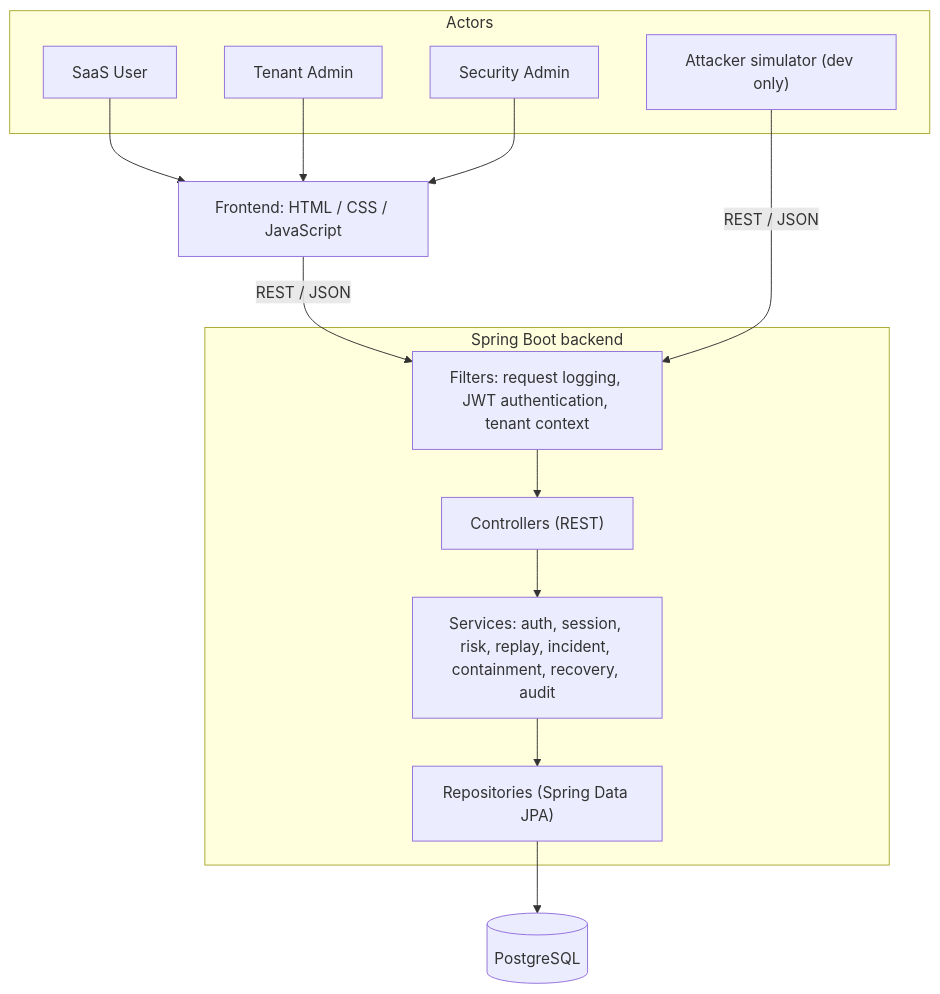
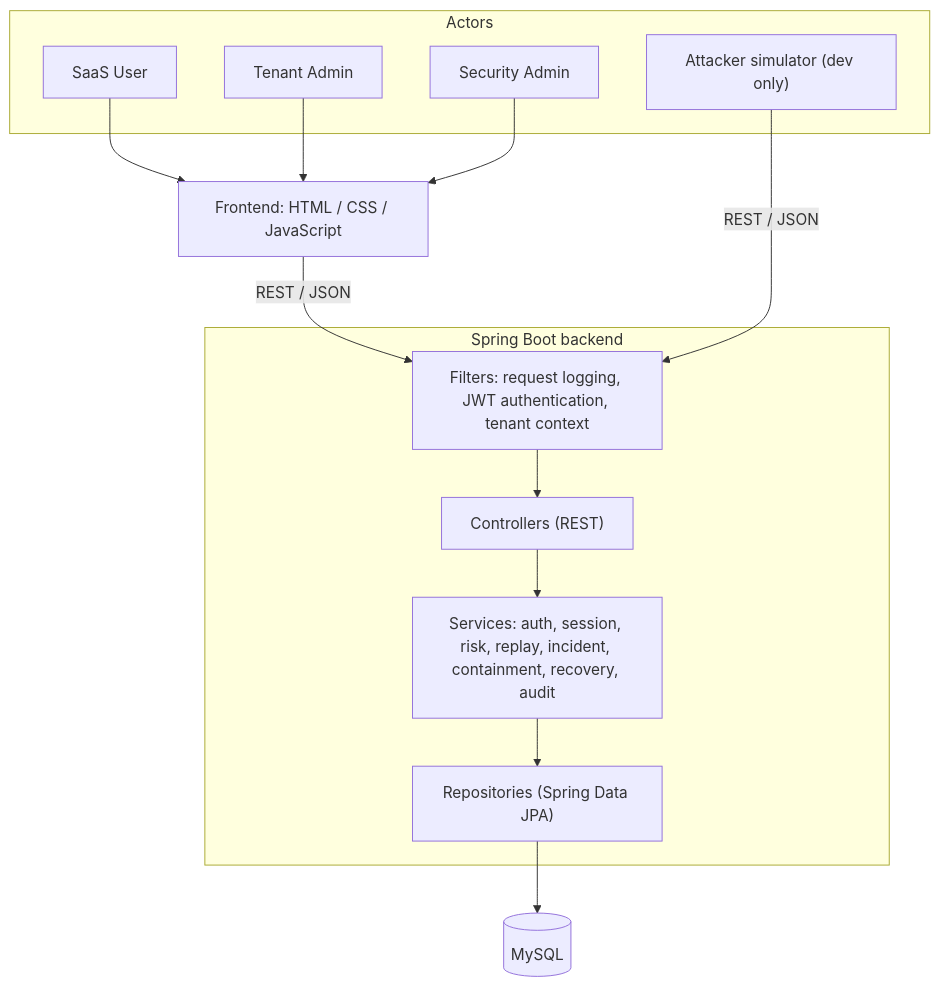
The first of 2 diagrams in docs/02-architecture-and-modules.md (Mansh-0224/Account-Takeover-and-Recovery), drawn with Mermaid before and after one commit. The commit also changed other lines of this file and 9 other files, not shown here.

Commit message:
changed database from postgreSQL to MySQL

````diff
--- a/docs/02-architecture-and-modules.md
+++ b/docs/02-architecture-and-modules.md
@@ -5,28 +5,28 @@
 ```mermaid
 flowchart TB
     subgraph Actors["Actors"]
         U["SaaS User"]
         TA["Tenant Admin"]
         SA["Security Admin"]
         AT["Attacker simulator (dev only)"]
     end
 
     FE["Frontend: HTML / CSS / JavaScript"]
 
     subgraph Backend["Spring Boot backend"]
         F["Filters: request logging, JWT authentication, tenant context"]
         C["Controllers (REST)"]
         S["Services: auth, session, risk, replay, incident, containment, recovery, audit"]
         R["Repositories (Spring Data JPA)"]
         F --> C --> S --> R
     end
 
-    DB[("PostgreSQL")]
+    DB[("MySQL")]
 
     U --> FE
     TA --> FE
     SA --> FE
     FE -->|"REST / JSON"| F
     AT -->|"REST / JSON"| F
     R --> DB
 ```
````
